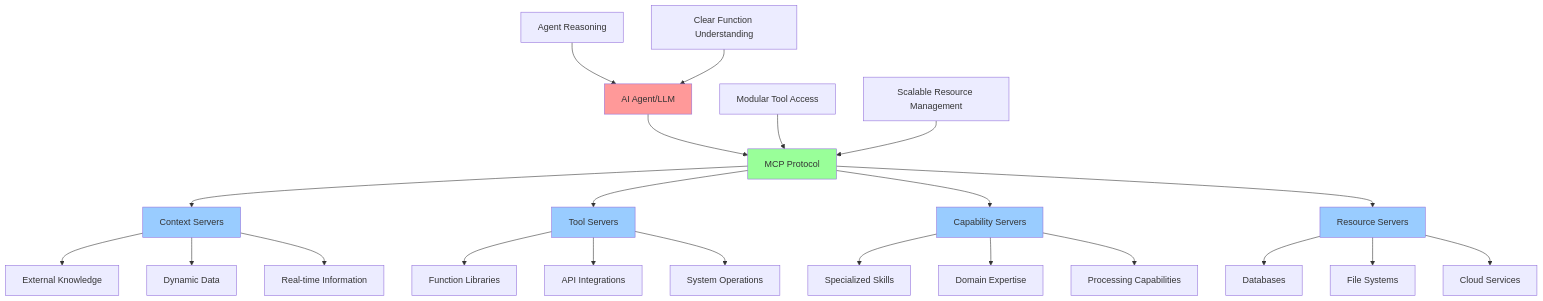
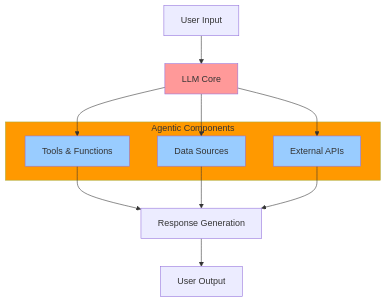
The sixth of 7 diagrams in ai-evolution-slides.md (MTCMarkFranco/era-of-ai), drawn with Mermaid before and after one commit. The commit also changed other lines of this file, not shown here.

````diff
--- a/ai-evolution-slides.md
+++ b/ai-evolution-slides.md
@@ -202,37 +186,26 @@
 ```mermaid
 graph TD
-    A[AI Agent/LLM] --> B[MCP Protocol]
+    A[User Input] --> B[LLM Core]
     
-    B --> C[Context Servers]
-    B --> D[Tool Servers] 
-    B --> E[Capability Servers]
-    B --> F[Resource Servers]
+    subgraph H[Agentic Components]
+        C[Tools & Functions]
+        D[Data Sources]
+        E[External APIs]
+    end
     
-    C --> C1[External Knowledge]
-    C --> C2[Dynamic Data]
-    C --> C3[Real-time Information]
+    B --> C
+    B --> D
+    B --> E
     
-    D --> D1[Function Libraries]
-    D --> D2[API Integrations]
-    D --> D3[System Operations]
+    C --> F[Response Generation]
+    D --> F
+    E --> F
     
-    E --> E1[Specialized Skills]
-    E --> E2[Domain Expertise]
-    E --> E3[Processing Capabilities]
+    F --> G[User Output]
     
-    F --> F1[Databases]
-    F --> F2[File Systems]
-    F --> F3[Cloud Services]
-    
-    G[Agent Reasoning] --> A
-    H[Clear Function Understanding] --> A
-    I[Modular Tool Access] --> B
-    J[Scalable Resource Management] --> B
-    
-    style A fill:#ff9999
-    style B fill:#99ff99
+    style B fill:#ff9999
     style C fill:#99ccff
     style D fill:#99ccff
     style E fill:#99ccff
-    style F fill:#99ccff
+    style H fill:#ff9900
 ```
````
